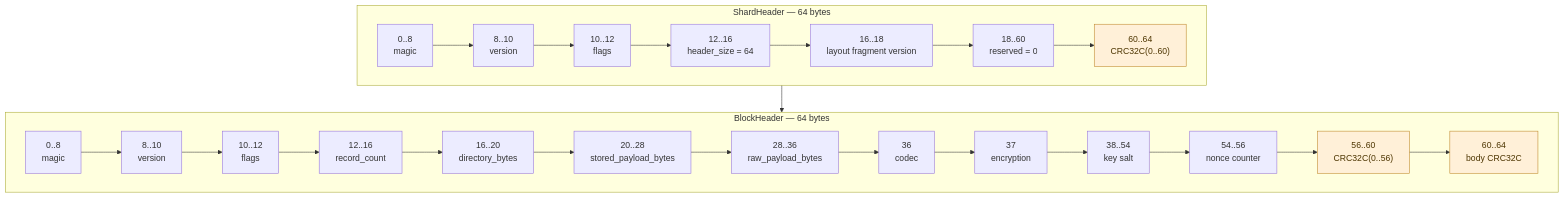
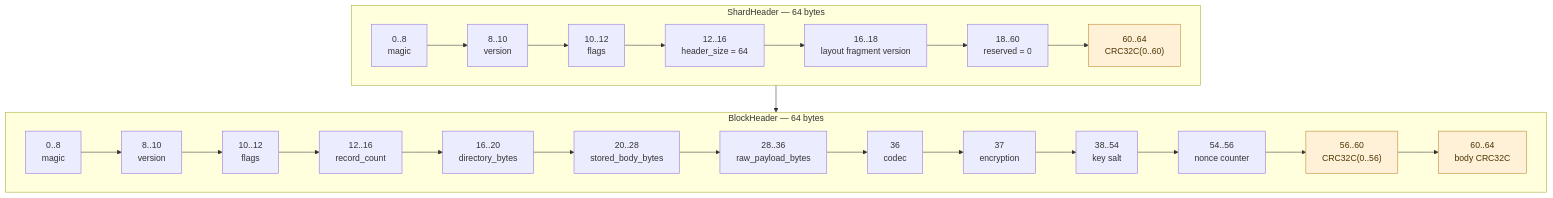
The second of 4 diagrams in docs/spk-parsing.md (SunDoge/shardpack), drawn with Mermaid before and after one commit. The commit also changed other lines of this file and 32 other files, not shown here.

````diff
--- a/docs/spk-parsing.md
+++ b/docs/spk-parsing.md
@@ -32,37 +32,37 @@
 ```mermaid
 flowchart TB
     subgraph SH["ShardHeader — 64 bytes"]
         direction LR
         sh0["0..8<br/>magic"]
         sh1["8..10<br/>version"]
         sh2["10..12<br/>flags"]
         sh3["12..16<br/>header_size = 64"]
         sh4["16..18<br/>layout fragment version"]
         sh5["18..60<br/>reserved = 0"]
         sh6["60..64<br/>CRC32C(0..60)"]
         sh0 --> sh1 --> sh2 --> sh3 --> sh4 --> sh5 --> sh6
     end
 
     subgraph BH["BlockHeader — 64 bytes"]
         direction LR
         bh0["0..8<br/>magic"]
         bh1["8..10<br/>version"]
         bh2["10..12<br/>flags"]
         bh3["12..16<br/>record_count"]
         bh4["16..20<br/>directory_bytes"]
-        bh5["20..28<br/>stored_payload_bytes"]
+        bh5["20..28<br/>stored_body_bytes"]
         bh6["28..36<br/>raw_payload_bytes"]
         bh7["36<br/>codec"]
         bh8["37<br/>encryption"]
         bh9["38..54<br/>key salt"]
         bh10["54..56<br/>nonce counter"]
         bh11["56..60<br/>CRC32C(0..56)"]
         bh12["60..64<br/>body CRC32C"]
         bh0 --> bh1 --> bh2 --> bh3 --> bh4 --> bh5 --> bh6 --> bh7 --> bh8 --> bh9 --> bh10 --> bh11 --> bh12
     end
 
     SH --> BH
 
     classDef checksum fill:#fff0d8,color:#4d3500,stroke:#bd8425;
     class sh6,bh11,bh12 checksum;
 ```
````
